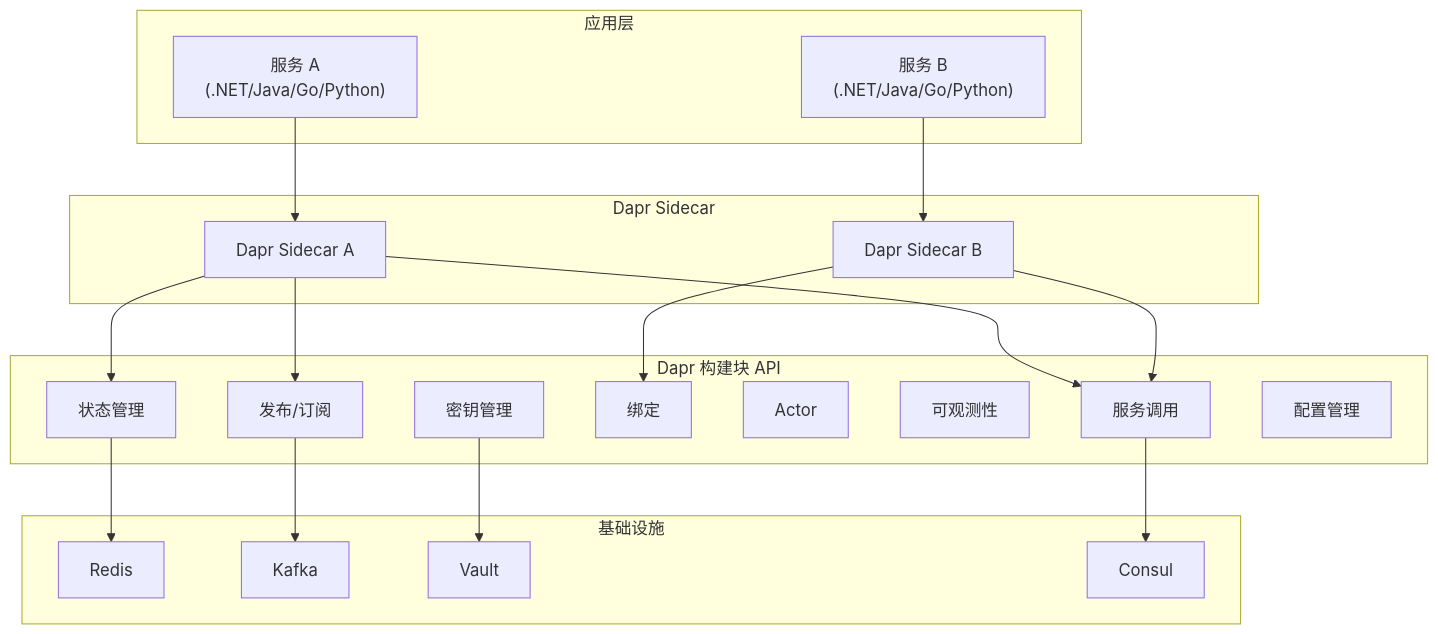
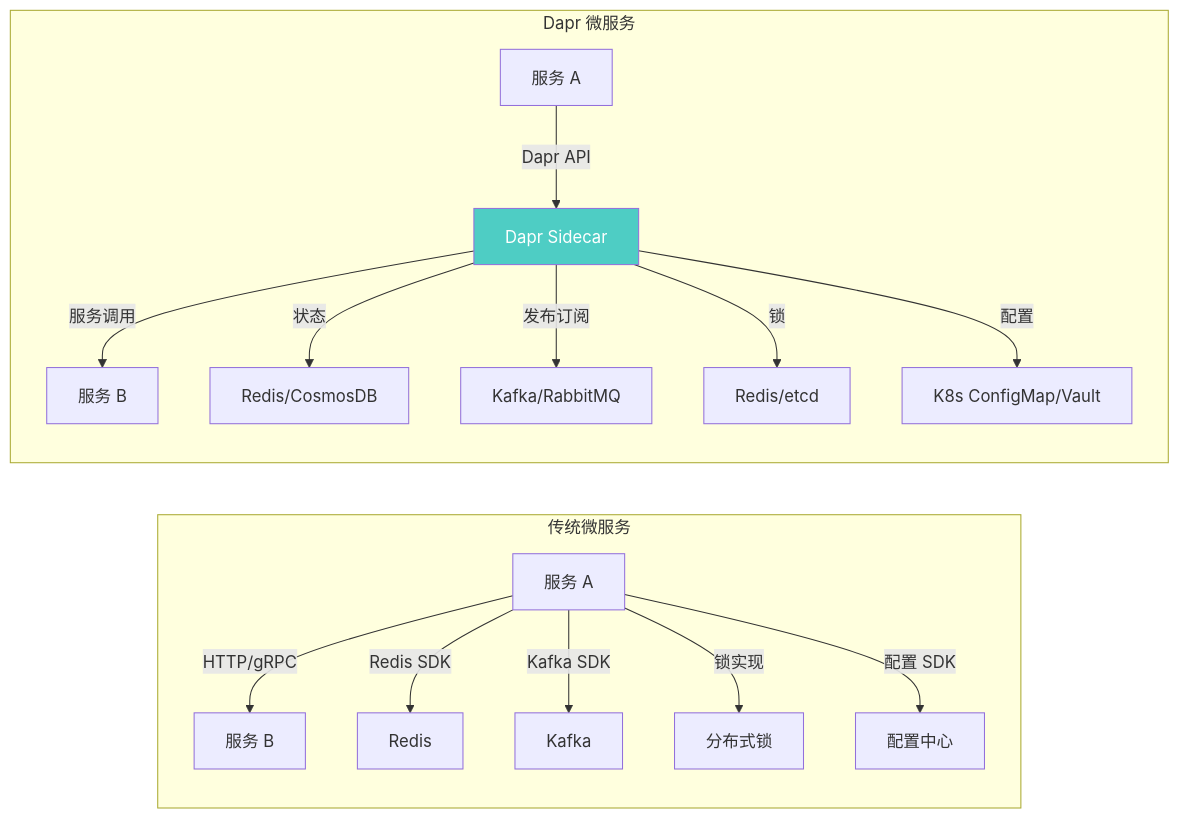
Before and after one commit to moklgydocs/moklgydocs.github.io: the second of 11 diagrams in src/运维与部署/Docker_K8s/08_云原生生态/03_云原生工具链.md, drawn with Mermaid. The commit also changed other lines of this file and 1 other file, not shown here.

````diff
--- a/src/运维与部署/Docker_K8s/08_云原生生态/03_云原生工具链.md
+++ b/src/运维与部署/Docker_K8s/08_云原生生态/03_云原生工具链.md
@@ -97,42 +104,21 @@
 ```mermaid
-flowchart TB
-    subgraph 应用层
-        App1["服务 A<br/>(.NET/Java/Go/Python)"]
-        App2["服务 B<br/>(.NET/Java/Go/Python)"]
+graph LR
+    subgraph "传统微服务"
+        A1["服务 A"] -->|HTTP/gRPC| B1["服务 B"]
+        A1 -->|Redis SDK| C1["Redis"]
+        A1 -->|Kafka SDK| D1["Kafka"]
+        A1 -->|锁实现| E1["分布式锁"]
+        A1 -->|配置 SDK| F1["配置中心"]
     end
 
-    subgraph Dapr["Dapr Sidecar"]
-        S1["Dapr Sidecar A"]
-        S2["Dapr Sidecar B"]
+    subgraph "Dapr 微服务"
+        A2["服务 A"] -->|Dapr API| DAPR1["Dapr Sidecar"]
+        DAPR1 -->|服务调用| B2["服务 B"]
+        DAPR1 -->|状态| C2["Redis/CosmosDB"]
+        DAPR1 -->|发布订阅| D2["Kafka/RabbitMQ"]
+        DAPR1 -->|锁| E2["Redis/etcd"]
+        DAPR1 -->|配置| F2["K8s ConfigMap/Vault"]
     end
 
-    subgraph 构建块["Dapr 构建块 API"]
-        SC["服务调用"]
-        SM["状态管理"]
-        PS["发布/订阅"]
-        BR["绑定"]
-        AC["Actor"]
-        OB["可观测性"]
-        SC2["密钥管理"]
-        CO["配置管理"]
-    end
-
-    subgraph 基础设施
-        Redis["Redis"]
-        Kafka["Kafka"]
-        Vault["Vault"]
-        Consul["Consul"]
-    end
-
-    App1 --> S1
-    App2 --> S2
-    S1 --> SC
-    S1 --> SM
-    S1 --> PS
-    S2 --> SC
-    S2 --> BR
-    SC --> Consul
-    SM --> Redis
-    PS --> Kafka
-    SC2 --> Vault
+    style DAPR1 fill:#4ecdc4,color:#fff
 ```
````
